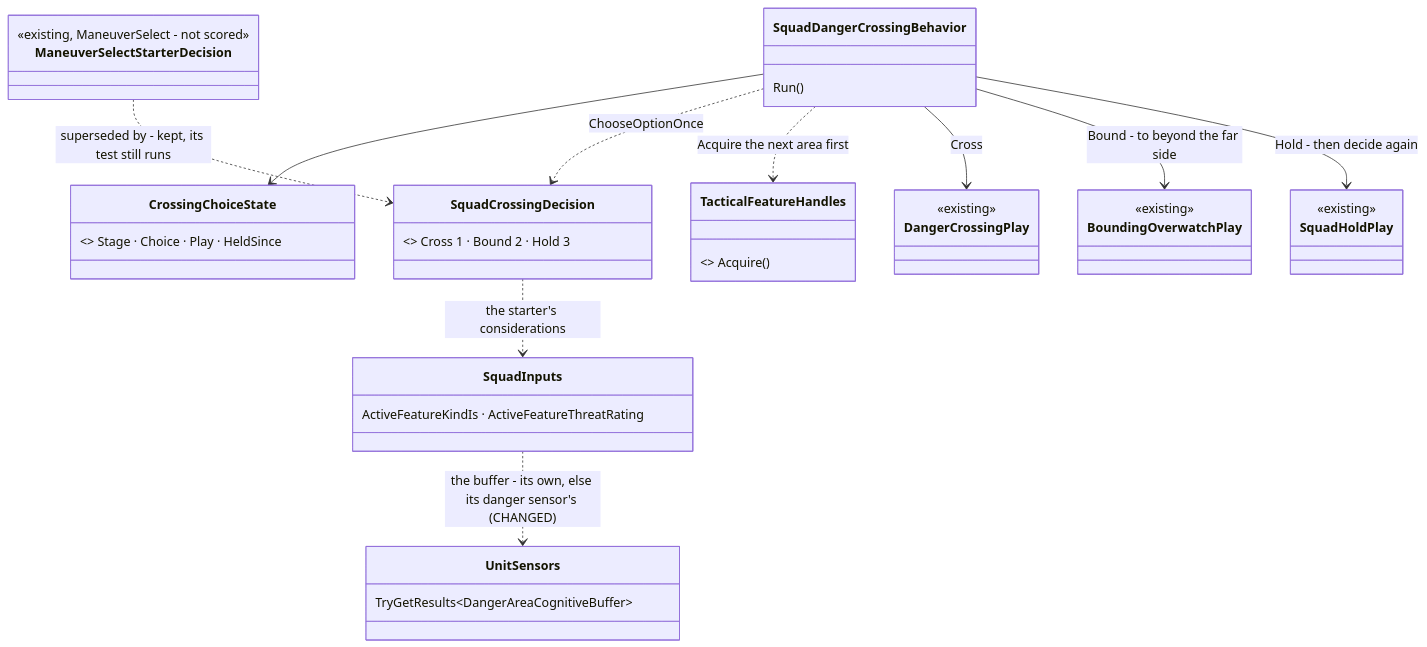
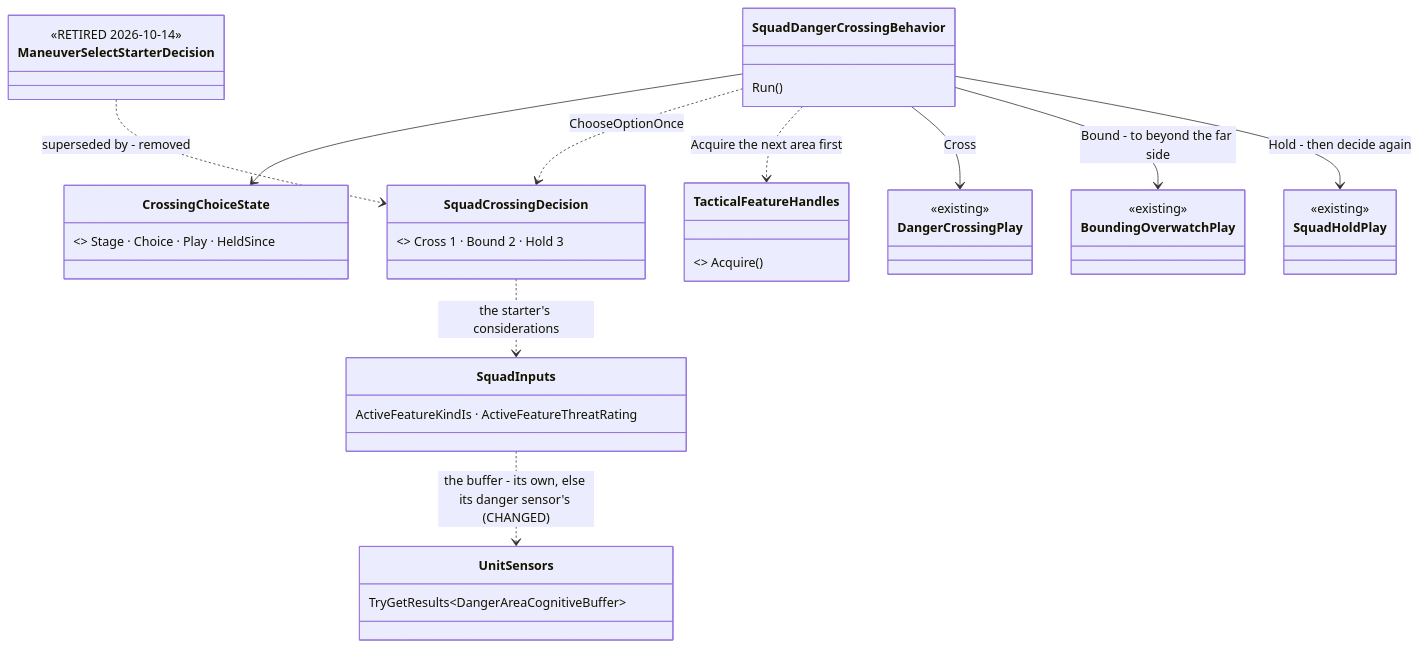
Diagram 28 of 37 in docs/designs/group-maneuvers/DESIGN_Squad_Tactics.md (pjanec/HROT), drawn with Mermaid before and after one commit. The commit also changed other lines of this file and 6 other files, not shown here.

First line of the commit message:
CE-2159: retire ManeuverSelectStarterDecision, superseded by SquadCrossingDecision (user-approved)

````diff
--- a/docs/designs/group-maneuvers/DESIGN_Squad_Tactics.md
+++ b/docs/designs/group-maneuvers/DESIGN_Squad_Tactics.md
@@ -1323,22 +1323,22 @@
 ```mermaid
 classDiagram
     class SquadDangerCrossingBehavior { Run() }
     class CrossingChoiceState { <<NEW>> Stage · Choice · Play · HeldSince }
     class SquadCrossingDecision { <<NEW, PostureSelect>> Cross 1 · Bound 2 · Hold 3 }
-    class ManeuverSelectStarterDecision { <<existing, ManeuverSelect - not scored>> }
+    class ManeuverSelectStarterDecision { <<RETIRED 2026-10-14>> }
     class SquadInputs { ActiveFeatureKindIs · ActiveFeatureThreatRating }
     class UnitSensors { TryGetResults~DangerAreaCognitiveBuffer~ }
     class TacticalFeatureHandles { <<existing, no caller>> Acquire() }
     class DangerCrossingPlay { <<existing>> }
     class BoundingOverwatchPlay { <<existing>> }
     class SquadHoldPlay { <<existing>> }
     SquadDangerCrossingBehavior --> CrossingChoiceState
     SquadDangerCrossingBehavior ..> SquadCrossingDecision : ChooseOptionOnce
     SquadCrossingDecision ..> SquadInputs : the starter's considerations
     SquadInputs ..> UnitSensors : the buffer - its own, else its danger sensor's (CHANGED)
     SquadDangerCrossingBehavior ..> TacticalFeatureHandles : Acquire the next area first
     SquadDangerCrossingBehavior --> DangerCrossingPlay : Cross
     SquadDangerCrossingBehavior --> BoundingOverwatchPlay : Bound - to beyond the far side
     SquadDangerCrossingBehavior --> SquadHoldPlay : Hold - then decide again
-    ManeuverSelectStarterDecision ..> SquadCrossingDecision : superseded by - kept, its test still runs
+    ManeuverSelectStarterDecision ..> SquadCrossingDecision : superseded by - removed
 ```
````
